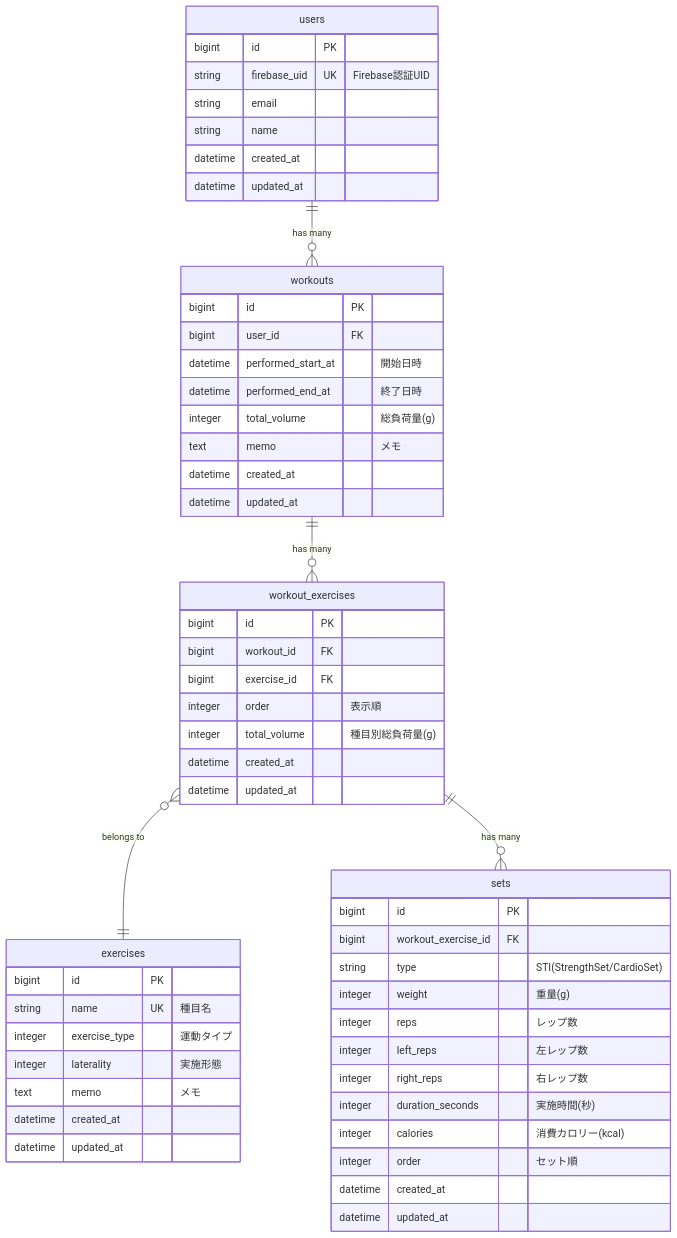
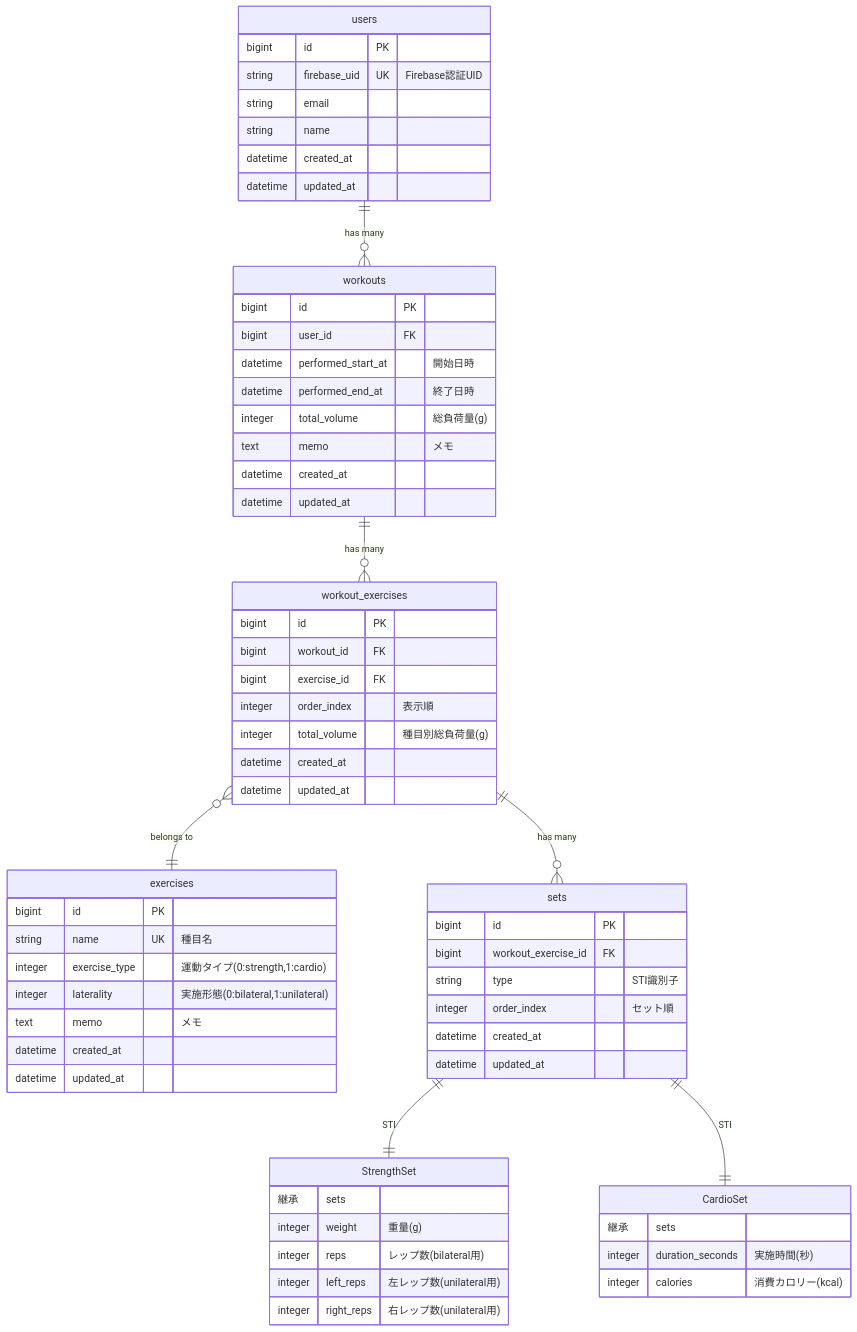
One commit to ANTON072/gym-note-api changed the diagram in docs/データベース設計.md. Above: the diagram before and after it, drawn with Mermaid.

Commit message:
ER図を更新し、StrengthSetおよびCardioSetのSTI関係を追加。exercise_typeおよびlateralityの説明を明確化し、setsテーブルのカラム名を修正。

````diff
--- a/docs/データベース設計.md
+++ b/docs/データベース設計.md
@@ -5,62 +5,72 @@
 ```mermaid
 erDiagram
     users ||--o{ workouts : "has many"
     workouts ||--o{ workout_exercises : "has many"
     workout_exercises }o--|| exercises : "belongs to"
     workout_exercises ||--o{ sets : "has many"
+    sets ||--|| StrengthSet : "STI"
+    sets ||--|| CardioSet : "STI"
 
     users {
         bigint id PK
         string firebase_uid UK "Firebase認証UID"
         string email
         string name
         datetime created_at
         datetime updated_at
     }
 
     exercises {
         bigint id PK
         string name UK "種目名"
-        integer exercise_type "運動タイプ"
-        integer laterality "実施形態"
+        integer exercise_type "運動タイプ(0:strength,1:cardio)"
+        integer laterality "実施形態(0:bilateral,1:unilateral)"
         text memo "メモ"
         datetime created_at
         datetime updated_at
     }
 
     workouts {
         bigint id PK
         bigint user_id FK
         datetime performed_start_at "開始日時"
         datetime performed_end_at "終了日時"
         integer total_volume "総負荷量(g)"
         text memo "メモ"
         datetime created_at
         datetime updated_at
     }
 
     workout_exercises {
         bigint id PK
         bigint workout_id FK
         bigint exercise_id FK
-        integer order "表示順"
+        integer order_index "表示順"
         integer total_volume "種目別総負荷量(g)"
         datetime created_at
         datetime updated_at
     }
 
     sets {
         bigint id PK
         bigint workout_exercise_id FK
-        string type "STI(StrengthSet/CardioSet)"
-        integer weight "重量(g)"
-        integer reps "レップ数"
-        integer left_reps "左レップ数"
-        integer right_reps "右レップ数"
-        integer duration_seconds "実施時間(秒)"
-        integer calories "消費カロリー(kcal)"
-        integer order "セット順"
+        string type "STI識別子"
+        integer order_index "セット順"
         datetime created_at
         datetime updated_at
     }
+
+    StrengthSet {
+        継承 sets
+        integer weight "重量(g)"
+        integer reps "レップ数(bilateral用)"
+        integer left_reps "左レップ数(unilateral用)"
+        integer right_reps "右レップ数(unilateral用)"
+    }
+
+    CardioSet {
+        継承 sets
+        integer duration_seconds "実施時間(秒)"
+        integer calories "消費カロリー(kcal)"
+    }
 ```
````
